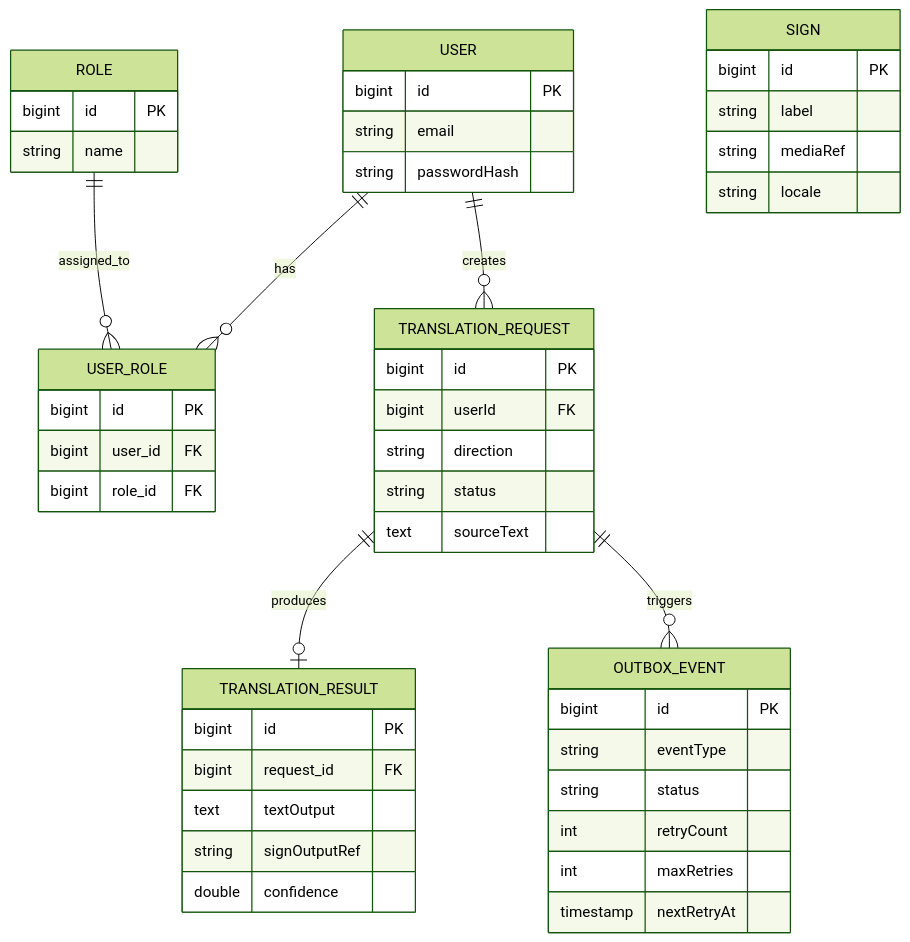
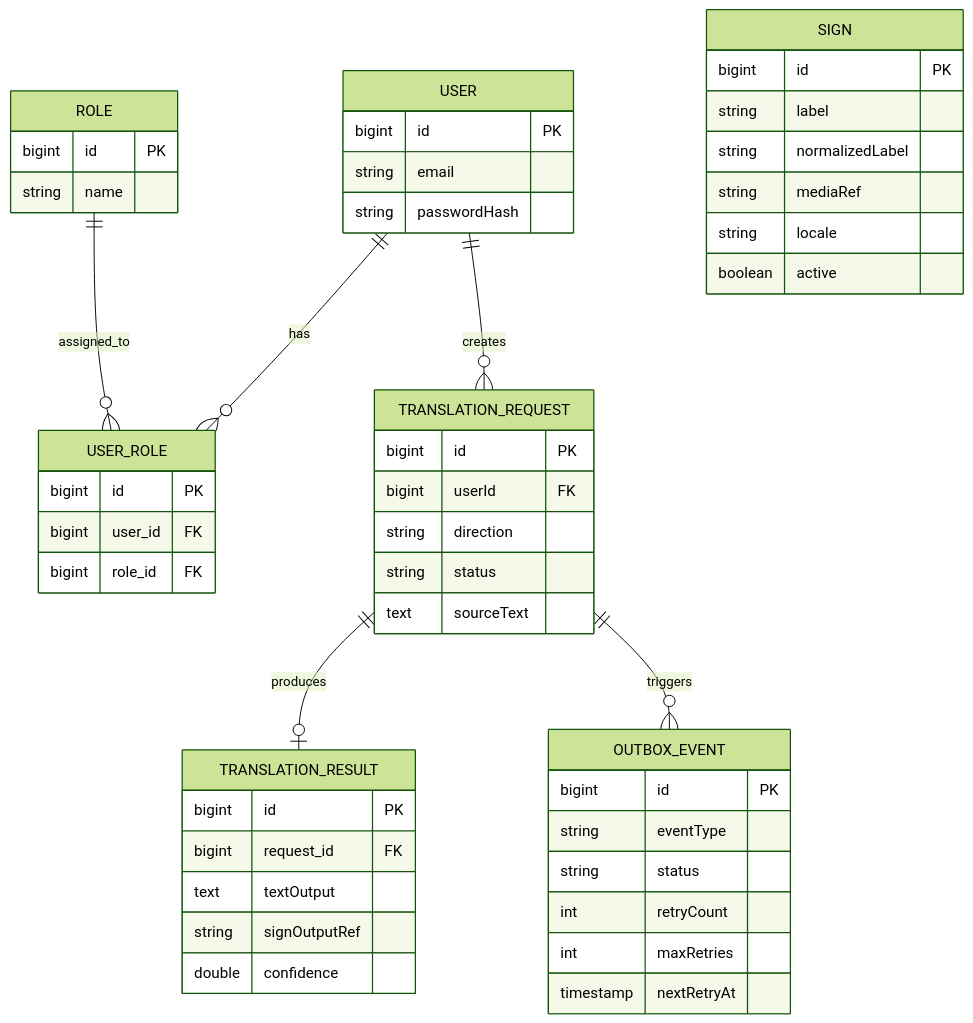
One commit to Limepal/PROYECTO-KINETICA changed the diagram in README.md. Above: the diagram before and after it, drawn with Mermaid (forest theme). The commit also changed other lines of this file, not shown here.

Commit message:
docs: add Sign entity to ER diagram

````diff
--- a/README.md
+++ b/README.md
@@ -78,57 +78,59 @@
 ```mermaid
 erDiagram
     USER ||--o{ USER_ROLE : has
     ROLE ||--o{ USER_ROLE : assigned_to
     USER ||--o{ TRANSLATION_REQUEST : creates
     TRANSLATION_REQUEST ||--o| TRANSLATION_RESULT : produces
     TRANSLATION_REQUEST ||--o{ OUTBOX_EVENT : triggers
 
     USER {
         bigint id PK
         string email
         string passwordHash
     }
 
     ROLE {
         bigint id PK
         string name
     }
 
     USER_ROLE {
         bigint id PK
         bigint user_id FK
         bigint role_id FK
     }
 
     SIGN {
         bigint id PK
         string label
+        string normalizedLabel
         string mediaRef
         string locale
+        boolean active
     }
 
     TRANSLATION_REQUEST {
         bigint id PK
         bigint userId FK
         string direction
         string status
         text sourceText
     }
 
     TRANSLATION_RESULT {
         bigint id PK
         bigint request_id FK
         text textOutput
         string signOutputRef
         double confidence
     }
 
     OUTBOX_EVENT {
         bigint id PK
         string eventType
         string status
         int retryCount
         int maxRetries
         timestamp nextRetryAt
     }
 ```
````
